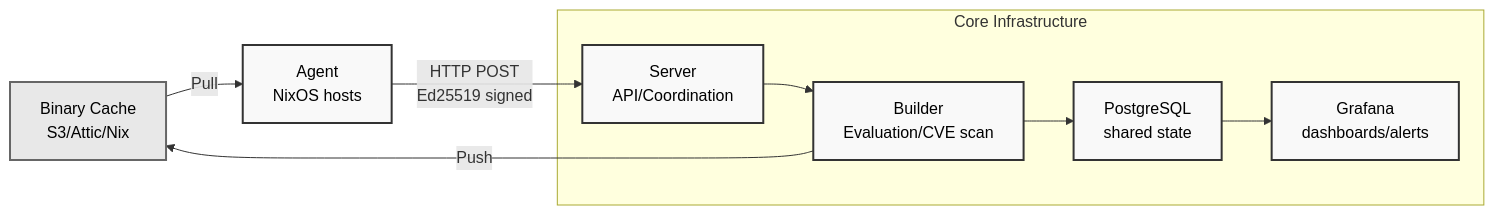
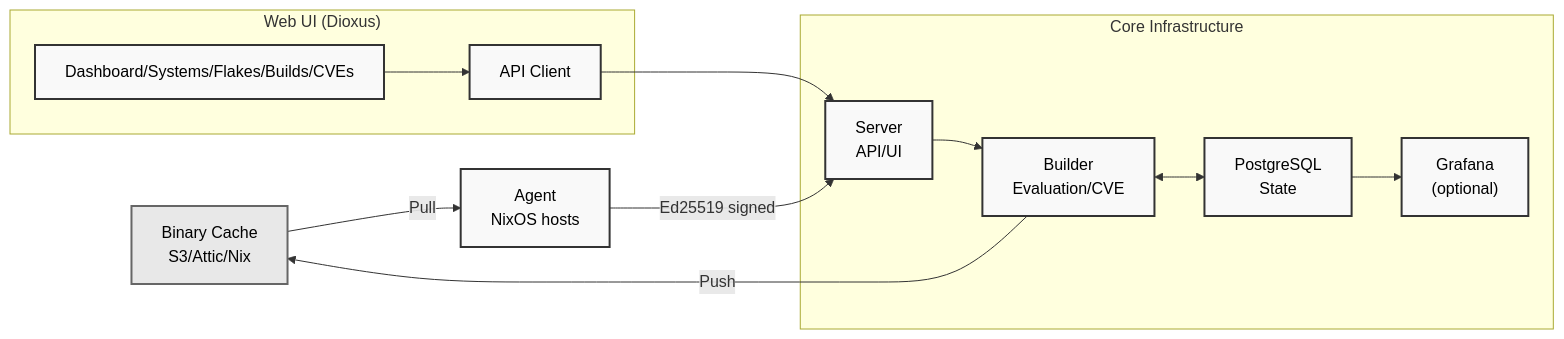
Before and after one commit to usmcamp0811/crystal-forge: the diagram in README.md, drawn with Mermaid. The commit also changed other lines of this file and 721 other files, not shown here.

````diff
--- a/README.md
+++ b/README.md
@@ -55,23 +147,30 @@
 ```mermaid
 flowchart LR
     C["Binary Cache<br/>S3/Attic/Nix"]
     A["Agent<br/>NixOS hosts"]
 
     subgraph "Core Infrastructure"
-        S["Server<br/>API/Coordination"]
-        B["Builder<br/>Evaluation/CVE scan"]
-        P["PostgreSQL<br/>shared state"]
-        G["Grafana<br/>dashboards/alerts"]
+        S["Server<br/>API/UI"]
+        B["Builder<br/>Evaluation/CVE"]
+        P["PostgreSQL<br/>State"]
+        G["Grafana<br/>(optional)"]
     end
 
-    A -->|HTTP POST<br/>Ed25519 signed| S
+    subgraph "Web UI (Dioxus)"
+        UI["Dashboard/Systems/Flakes/Builds/CVEs"]
+        API["API Client"]
+    end
+
+    A -->|Ed25519 signed| S
     S --> B
     B -->|Push| C
     C -->|Pull| A
-    B --> P
+    B <--> P
     P --> G
+    UI --> API
+    API --> S
 
     classDef default fill:#f9f9f9,stroke:#333,stroke-width:2px,color:#000
     classDef external fill:#e8e8e8,stroke:#666,stroke-width:2px,color:#000
     class C external
 ```
````
